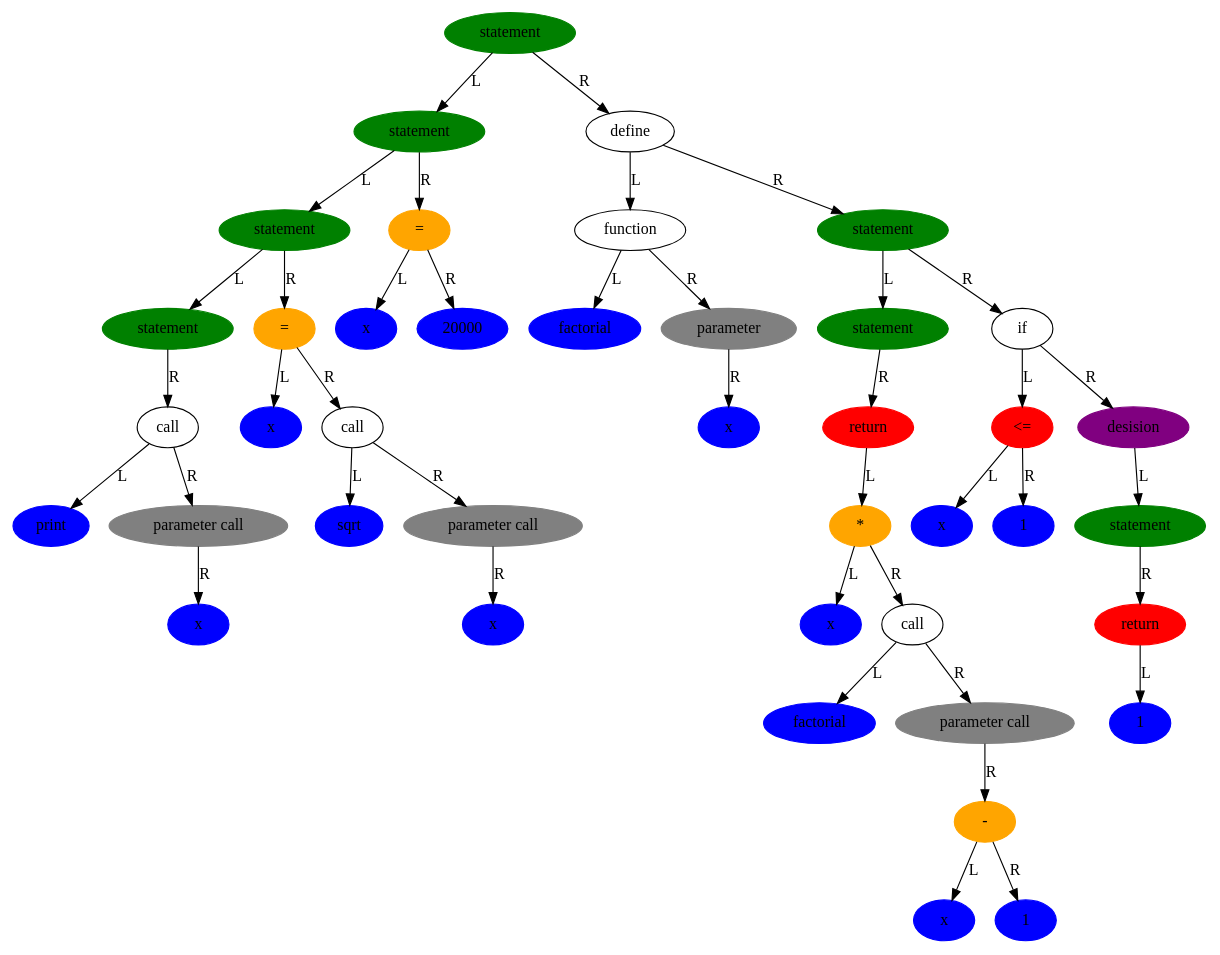
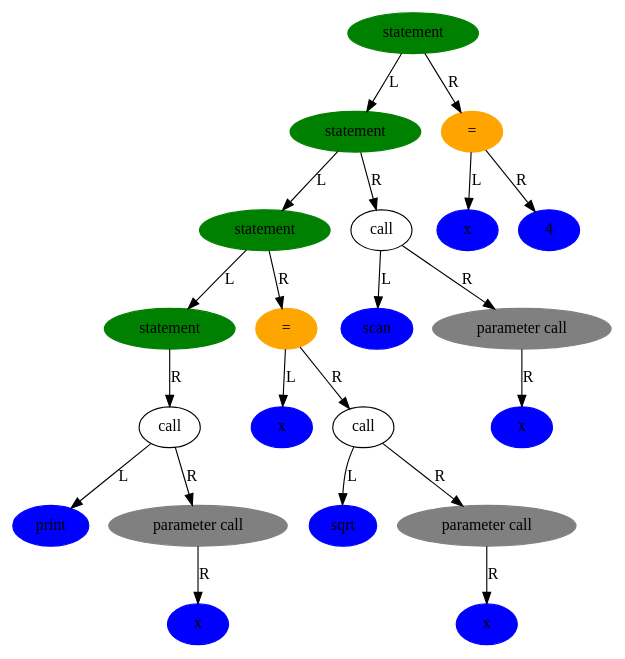
Before and after one commit to EnikAs/Compiler: the diagram in logfile.dot, drawn with Graphviz. The commit also changed 9 other files, not shown here.

```diff
--- a/logfile.dot
+++ b/logfile.dot
@@ -1,84 +1,44 @@
 digraph tree {
-94742010995584 [label ="statement", style = "filled", color = "green"];
-94742010995584 -> 94742010996064 [label = "L"];
-94742010996064 [label ="statement", style = "filled", color = "green"];
-94742010996064 -> 94742010996112 [label = "L"];
-94742010996112 [label ="statement", style = "filled", color = "green"];
-94742010996112 -> 94742010996256 [label = "L"];
-94742010996256 [label ="statement", style = "filled", color = "green"];
-94742010996256 -> 94742010996304 [label = "R"];
-94742010996304 [label ="call"];
-94742010996304 -> 94742011000864 [label = "L"];
-94742011000864 [label ="print", style = "filled", color = "blue"];
-94742010996304 -> 94742010996352 [label = "R"];
-94742010996352 [label ="parameter call", style = "filled", color = "grey"];
-94742010996352 -> 94742011000928 [label = "R"];
-94742011000928 [label ="x", style = "filled", color = "blue"];
-94742010996112 -> 94742011000672 [label = "R"];
-94742011000672 [label ="=", style = "filled", color = "orange"];
-94742011000672 -> 94742011000640 [label = "L"];
-94742011000640 [label ="x", style = "filled", color = "blue"];
-94742011000672 -> 94742010996160 [label = "R"];
-94742010996160 [label ="call"];
-94742010996160 -> 94742011000704 [label = "L"];
-94742011000704 [label ="sqrt", style = "filled", color = "blue"];
-94742010996160 -> 94742010996208 [label = "R"];
-94742010996208 [label ="parameter call", style = "filled", color = "grey"];
-94742010996208 -> 94742011000768 [label = "R"];
-94742011000768 [label ="x", style = "filled", color = "blue"];
-94742010996064 -> 94742011000544 [label = "R"];
-94742011000544 [label ="=", style = "filled", color = "orange"];
-94742011000544 -> 94742011000512 [label = "L"];
-94742011000512 [label ="x", style = "filled", color = "blue"];
-94742011000544 -> 94742011000576 [label = "R"];
-94742011000576 [label ="20000", style = "filled", color = "blue"];
-94742010995584 -> 94742010995632 [label = "R"];
-94742010995632 [label ="define"];
-94742010995632 -> 94742010995680 [label = "L"];
-94742010995680 [label ="function"];
-94742010995680 -> 94742010999648 [label = "L"];
-94742010999648 [label ="factorial", style = "filled", color = "blue"];
-94742010995680 -> 94742010995728 [label = "R"];
-94742010995728 [label ="parameter", style = "filled", color = "grey"];
-94742010995728 -> 94742010999712 [label = "R"];
-94742010999712 [label ="x", style = "filled", color = "blue"];
-94742010995632 -> 94742010995776 [label = "R"];
-94742010995776 [label ="statement", style = "filled", color = "green"];
-94742010995776 -> 94742010995920 [label = "L"];
-94742010995920 [label ="statement", style = "filled", color = "green"];
-94742010995920 -> 94742011000160 [label = "R"];
-94742011000160 [label ="return", style = "filled", color = "red"];
-94742011000160 -> 94742011000224 [label = "L"];
-94742011000224 [label ="*", style = "filled", color = "orange"];
-94742011000224 -> 94742011000192 [label = "L"];
-94742011000192 [label ="x", style = "filled", color = "blue"];
-94742011000224 -> 94742010995968 [label = "R"];
-94742010995968 [label ="call"];
-94742010995968 -> 94742011000256 [label = "L"];
-94742011000256 [label ="factorial", style = "filled", color = "blue"];
-94742010995968 -> 94742010996016 [label = "R"];
-94742010996016 [label ="parameter call", style = "filled", color = "grey"];
-94742010996016 -> 94742011000352 [label = "R"];
-94742011000352 [label ="-", style = "filled", color = "orange"];
-94742011000352 -> 94742011000320 [label = "L"];
-94742011000320 [label ="x", style = "filled", color = "blue"];
-94742011000352 -> 94742011000384 [label = "R"];
-94742011000384 [label ="1", style = "filled", color = "blue"];
-94742010995776 -> 94742010999808 [label = "R"];
-94742010999808 [label ="if"];
-94742010999808 -> 94742010999904 [label = "L"];
-94742010999904 [label ="<=", style = "filled", color = "red"];
-94742010999904 -> 94742010999872 [label = "L"];
-94742010999872 [label ="x", style = "filled", color = "blue"];
-94742010999904 -> 94742010999936 [label = "R"];
-94742010999936 [label ="1", style = "filled", color = "blue"];
-94742010999808 -> 94742010995824 [label = "R"];
-94742010995824 [label ="desision", style = "filled", color = "purple"];
-94742010995824 -> 94742010995872 [label = "L"];
-94742010995872 [label ="statement", style = "filled", color = "green"];
-94742010995872 -> 94742011000032 [label = "R"];
-94742011000032 [label ="return", style = "filled", color = "red"];
-94742011000032 -> 94742011000064 [label = "L"];
-94742011000064 [label ="1", style = "filled", color = "blue"];
+94225679680288 [label ="statement", style = "filled", color = "green"];
+94225679680288 -> 94225679680336 [label = "L"];
+94225679680336 [label ="statement", style = "filled", color = "green"];
+94225679680336 -> 94225679680480 [label = "L"];
+94225679680480 [label ="statement", style = "filled", color = "green"];
+94225679680480 -> 94225679680624 [label = "L"];
+94225679680624 [label ="statement", style = "filled", color = "green"];
+94225679680624 -> 94225679680672 [label = "R"];
+94225679680672 [label ="call"];
+94225679680672 -> 94225679684864 [label = "L"];
+94225679684864 [label ="print", style = "filled", color = "blue"];
+94225679680672 -> 94225679680720 [label = "R"];
+94225679680720 [label ="parameter call", style = "filled", color = "grey"];
+94225679680720 -> 94225679684928 [label = "R"];
+94225679684928 [label ="x", style = "filled", color = "blue"];
+94225679680480 -> 94225679684672 [label = "R"];
+94225679684672 [label ="=", style = "filled", color = "orange"];
+94225679684672 -> 94225679684640 [label = "L"];
+94225679684640 [label ="x", style = "filled", color = "blue"];
+94225679684672 -> 94225679680528 [label = "R"];
+94225679680528 [label ="call"];
+94225679680528 -> 94225679684704 [label = "L"];
+94225679684704 [label ="sqrt", style = "filled", color = "blue"];
+94225679680528 -> 94225679680576 [label = "R"];
+94225679680576 [label ="parameter call", style = "filled", color = "grey"];
+94225679680576 -> 94225679684768 [label = "R"];
+94225679684768 [label ="x", style = "filled", color = "blue"];
+94225679680336 -> 94225679680384 [label = "R"];
+94225679680384 [label ="call"];
+94225679680384 -> 94225679684480 [label = "L"];
+94225679684480 [label ="scan", style = "filled", color = "blue"];
+94225679680384 -> 94225679680432 [label = "R"];
+94225679680432 [label ="parameter call", style = "filled", color = "grey"];
+94225679680432 -> 94225679684544 [label = "R"];
+94225679684544 [label ="x", style = "filled", color = "blue"];
+94225679680288 -> 94225679684384 [label = "R"];
+94225679684384 [label ="=", style = "filled", color = "orange"];
+94225679684384 -> 94225679684352 [label = "L"];
+94225679684352 [label ="x", style = "filled", color = "blue"];
+94225679684384 -> 94225679684416 [label = "R"];
+94225679684416 [label ="4", style = "filled", color = "blue"];
 
 }
```
